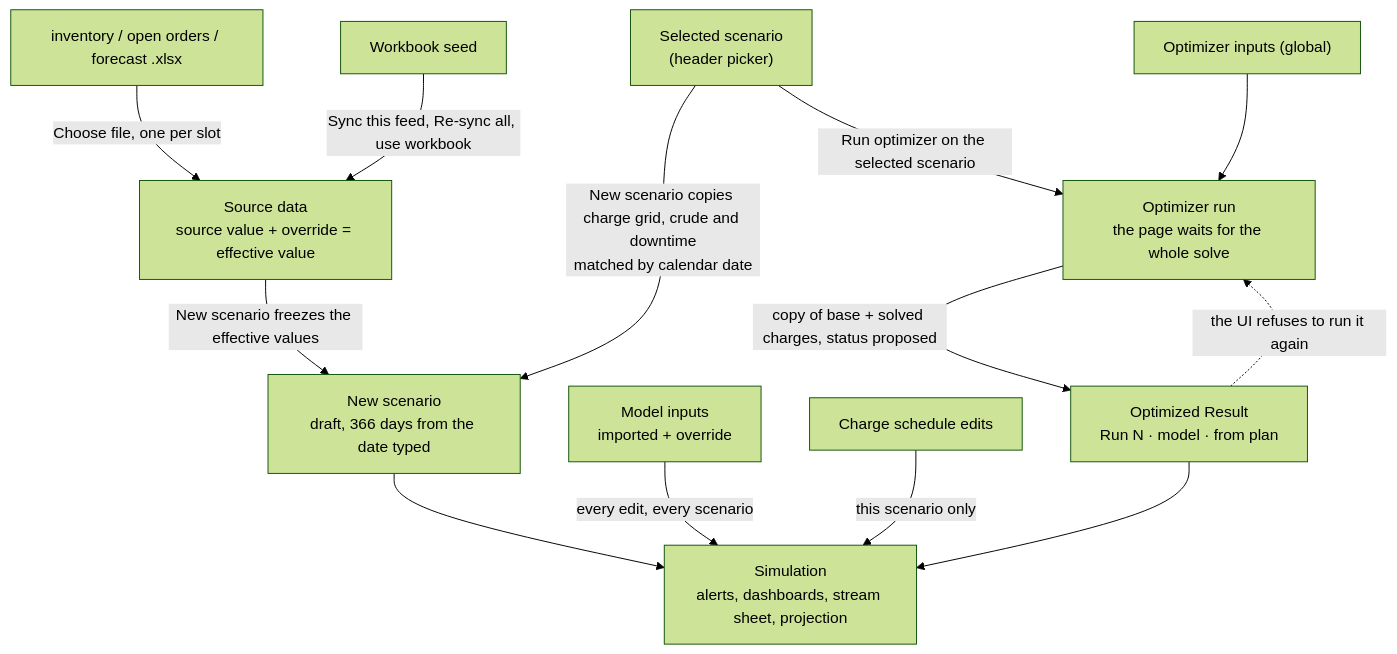
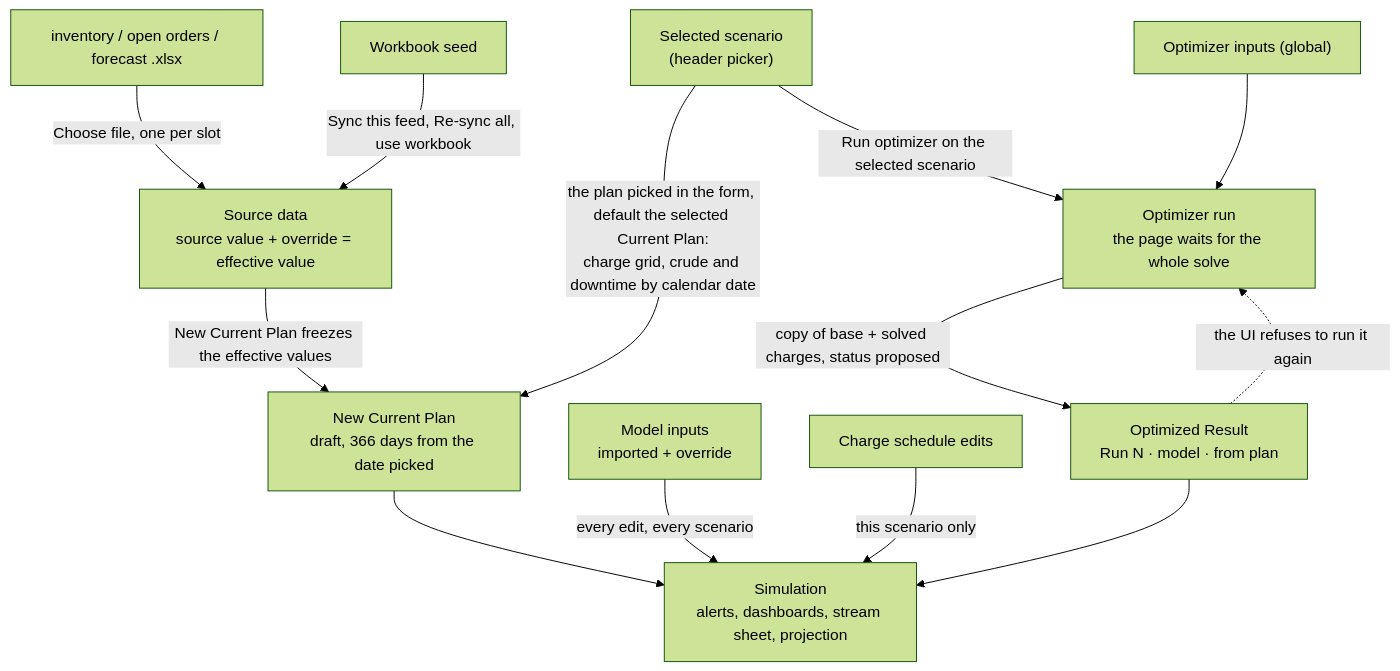
Before and after one commit to Mspagnolo27248/mip-solver-python: the second of 2 diagrams in .claude/skills/ui-ux-audit/ui-flow.md, drawn with Mermaid (forest theme). The commit also changed other lines of this file and 7 other files, not shown here.

First line of the commit message:
Make a Current Plan from one form that asks the date, and says what it copies

````diff
--- a/.claude/skills/ui-ux-audit/ui-flow.md
+++ b/.claude/skills/ui-ux-audit/ui-flow.md
@@ -109,18 +109,18 @@
 ```mermaid
 flowchart TD
   FILES["inventory / open orders / forecast .xlsx"] -->|"Choose file, one per slot"| SRC
   WB["Workbook seed"] -->|"Sync this feed, Re-sync all, use workbook"| SRC
   SRC["Source data<br/>source value + override = effective value"]
   SEL["Selected scenario<br/>(header picker)"]
-  SRC -->|"New scenario freezes the effective values"| SCN
-  SEL -->|"New scenario copies charge grid, crude and downtime<br/>matched by calendar date"| SCN
-  SCN["New scenario<br/>draft, 366 days from the date typed"]
+  SRC -->|"New Current Plan freezes the effective values"| SCN
+  SEL -->|"the plan picked in the form, default the selected Current Plan:<br/>charge grid, crude and downtime by calendar date"| SCN
+  SCN["New Current Plan<br/>draft, 366 days from the date picked"]
   REFD["Model inputs<br/>imported + override"] -->|"every edit, every scenario"| SIM
   SCN --> SIM["Simulation<br/>alerts, dashboards, stream sheet, projection"]
   EDIT["Charge schedule edits"] -->|"this scenario only"| SIM
   OPT["Optimizer inputs (global)"] --> RUN
   SEL -->|"Run optimizer on the selected scenario"| RUN["Optimizer run<br/>the page waits for the whole solve"]
   RUN -->|"copy of base + solved charges, status proposed"| RES["Optimized Result<br/>Run N · model · from plan"]
   RES -. "the UI refuses to run it again" .-> RUN
   RES --> SIM
 ```
````
